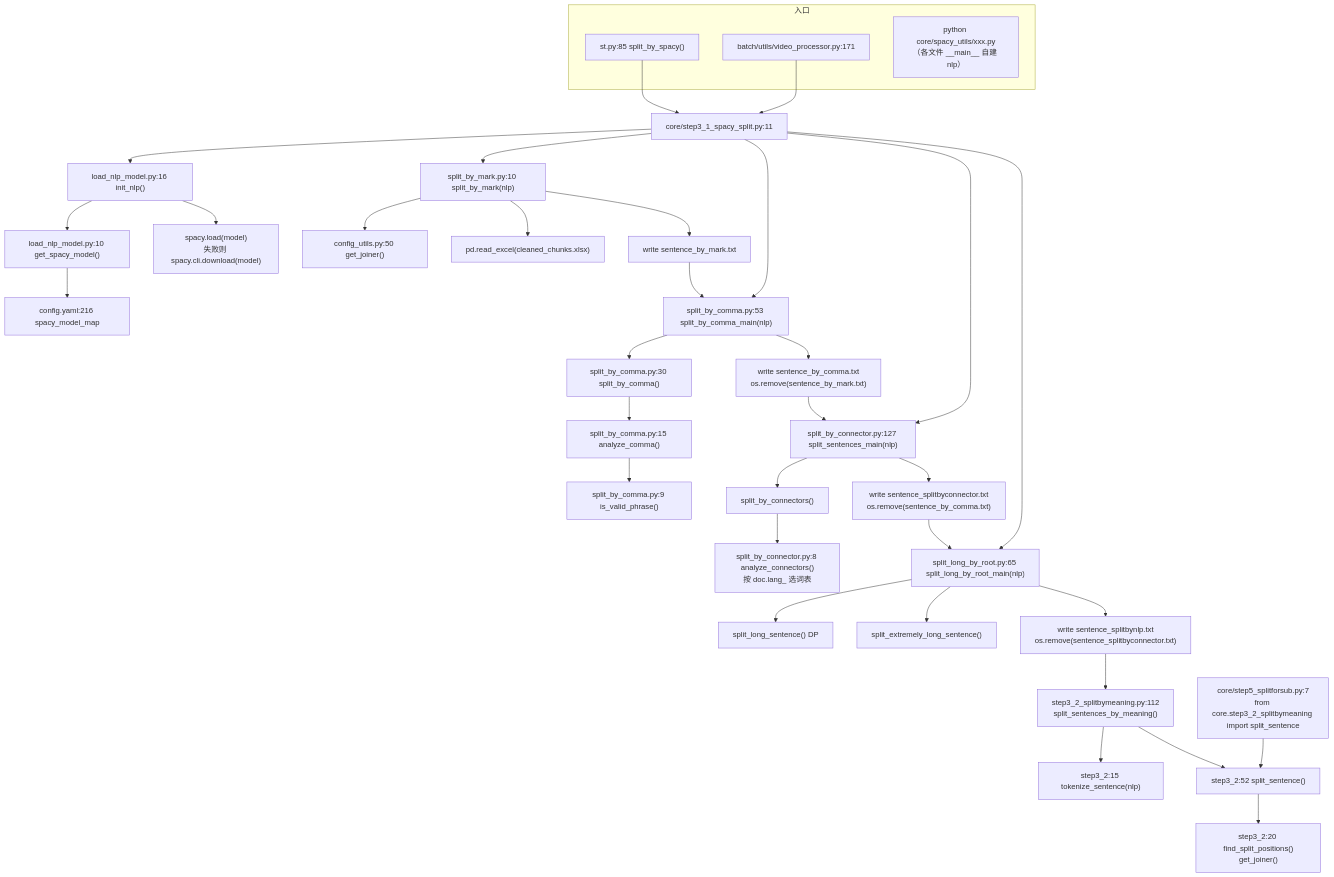
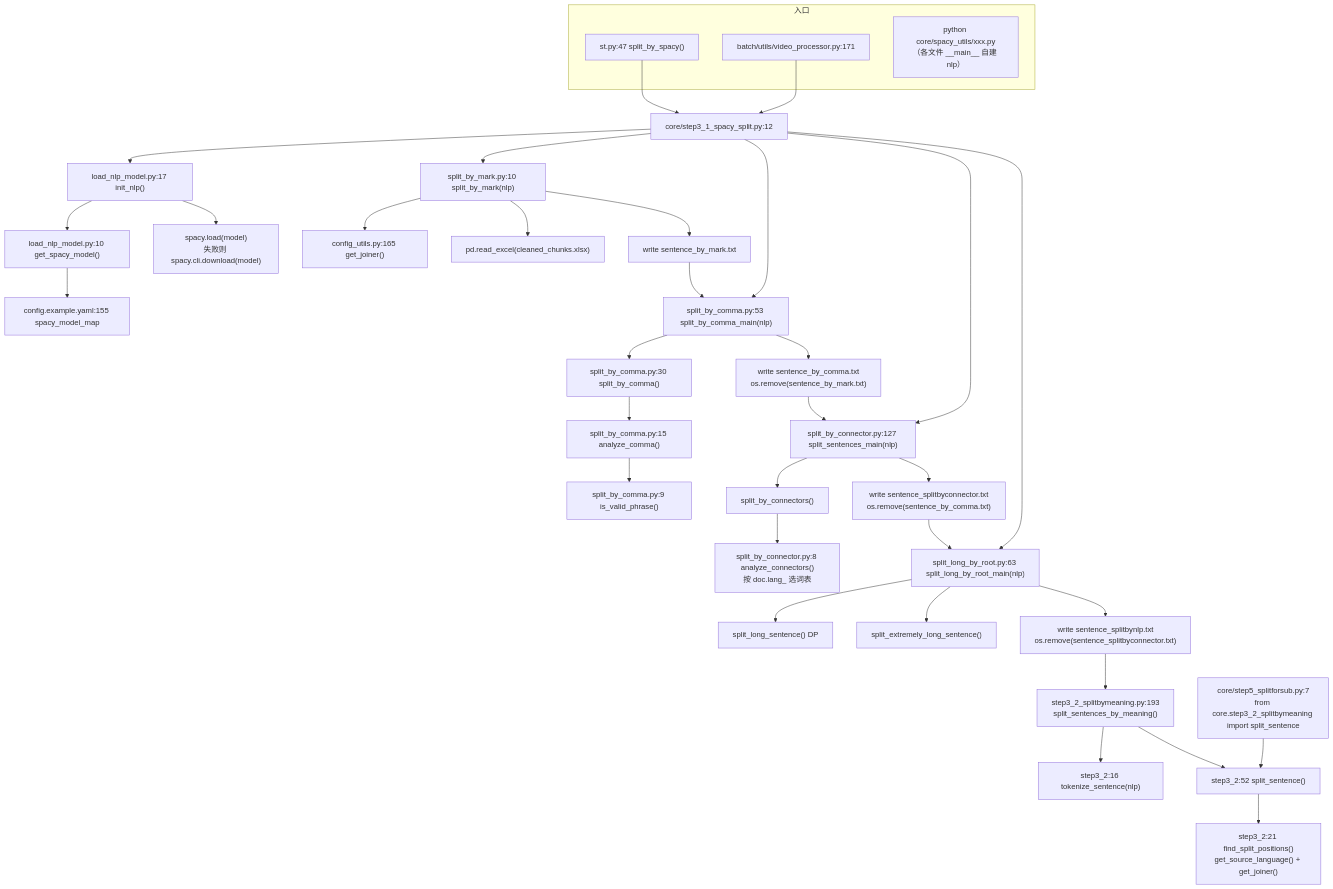
Before and after one commit to Brzjomo/VideoLingoMove: the diagram in devdocs/03-subsystems/04-NLP切分工具.md, drawn with Mermaid. The commit also changed other lines of this file and 30 other files, not shown here.

````diff
--- a/devdocs/03-subsystems/04-NLP切分工具.md
+++ b/devdocs/03-subsystems/04-NLP切分工具.md
@@ -43,44 +43,44 @@
 ```mermaid
 flowchart TD
     subgraph ENT["入口"]
-        ST["st.py:85 split_by_spacy()"]
+        ST["st.py:47 split_by_spacy()"]
         BP["batch/utils/video_processor.py:171"]
         STD["python core/spacy_utils/xxx.py<br/>（各文件 __main__ 自建 nlp）"]
     end
-    ST --> S1["core/step3_1_spacy_split.py:11"]
+    ST --> S1["core/step3_1_spacy_split.py:12"]
     BP --> S1
-    S1 --> INIT["load_nlp_model.py:16 init_nlp()"]
+    S1 --> INIT["load_nlp_model.py:17 init_nlp()"]
     INIT --> GSM["load_nlp_model.py:10 get_spacy_model()"]
-    GSM --> MAP["config.yaml:216 spacy_model_map"]
+    GSM --> MAP["config.example.yaml:155 spacy_model_map"]
     INIT --> LOAD["spacy.load(model)<br/>失败则 spacy.cli.download(model)"]
 
     S1 --> M["split_by_mark.py:10 split_by_mark(nlp)"]
-    M --> CJ["config_utils.py:50 get_joiner()"]
+    M --> CJ["config_utils.py:165 get_joiner()"]
     M --> RD["pd.read_excel(cleaned_chunks.xlsx)"]
     M --> W1["write sentence_by_mark.txt"]
 
     S1 --> C["split_by_comma.py:53 split_by_comma_main(nlp)"]
     C --> CB["split_by_comma.py:30 split_by_comma()"]
     CB --> AC["split_by_comma.py:15 analyze_comma()"]
     AC --> IV["split_by_comma.py:9 is_valid_phrase()"]
     W1 --> C
     C --> W2["write sentence_by_comma.txt<br/>os.remove(sentence_by_mark.txt)"]
 
     S1 --> N["split_by_connector.py:127 split_sentences_main(nlp)"]
     N --> NB["split_by_connectors()"]
     NB --> ANC["split_by_connector.py:8 analyze_connectors()<br/>按 doc.lang_ 选词表"]
     W2 --> N
     N --> W3["write sentence_splitbyconnector.txt<br/>os.remove(sentence_by_comma.txt)"]
 
-    S1 --> R["split_long_by_root.py:65 split_long_by_root_main(nlp)"]
+    S1 --> R["split_long_by_root.py:63 split_long_by_root_main(nlp)"]
     R --> RL["split_long_sentence() DP"]
     R --> RE["split_extremely_long_sentence()"]
     W3 --> R
     R --> W4["write sentence_splitbynlp.txt<br/>os.remove(sentence_splitbyconnector.txt)"]
 
-    W4 --> SM["step3_2_splitbymeaning.py:112<br/>split_sentences_by_meaning()"]
-    SM --> TS["step3_2:15 tokenize_sentence(nlp)"]
+    W4 --> SM["step3_2_splitbymeaning.py:193<br/>split_sentences_by_meaning()"]
+    SM --> TS["step3_2:16 tokenize_sentence(nlp)"]
     SM --> SS["step3_2:52 split_sentence()"]
-    SS --> FSP["step3_2:20 find_split_positions()<br/>get_joiner()"]
+    SS --> FSP["step3_2:21 find_split_positions()<br/>get_source_language() + get_joiner()"]
     S5["core/step5_splitforsub.py:7<br/>from core.step3_2_splitbymeaning import split_sentence"] --> SS
 ```
````
